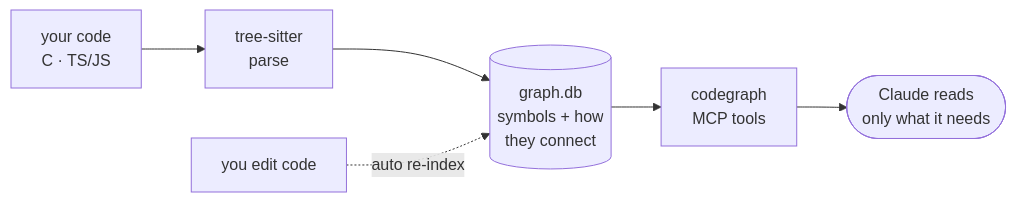
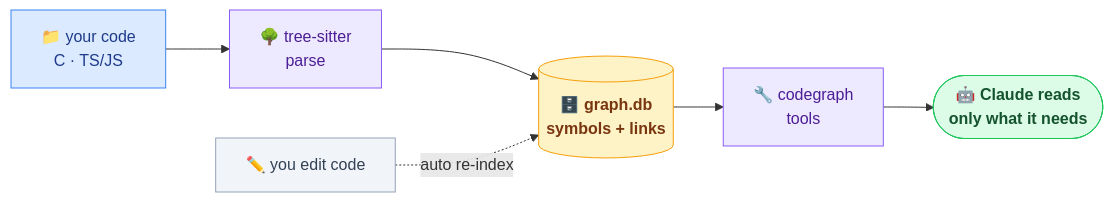
The second of 2 diagrams in README.md (kaleLetendre/wiregraph), drawn with Mermaid before and after one commit. The commit also changed other lines of this file, not shown here.

Commit message:
docs(readme): color + icons on diagrams — red expensive path vs green cheap path, palette for pipeline

````diff
--- a/README.md
+++ b/README.md
@@ -78,6 +85,11 @@
 ```mermaid
 flowchart LR
-  src["your code<br/>C · TS/JS"] --> ts["tree-sitter<br/>parse"] --> db[("graph.db<br/>symbols + how<br/>they connect")]
-  db --> mcp["codegraph<br/>MCP tools"] --> claude(["Claude reads<br/>only what it needs"])
-  edit["you edit code"] -. auto re-index .-> db
+  src["📁 your code<br/>C · TS/JS"]:::src --> ts["🌳 tree-sitter<br/>parse"]:::proc --> db[("🗄️ graph.db<br/>symbols + links")]:::store
+  db --> mcp["🔧 codegraph<br/>tools"]:::proc --> claude(["🤖 Claude reads<br/>only what it needs"]):::ai
+  edit["✏️ you edit code"]:::edit -. auto re-index .-> db
+  classDef src fill:#dbeafe,stroke:#3b82f6,color:#1e3a8a
+  classDef proc fill:#ede9fe,stroke:#8b5cf6,color:#4c1d95
+  classDef store fill:#fef3c7,stroke:#f59e0b,color:#78350f,font-weight:bold
+  classDef ai fill:#dcfce7,stroke:#22c55e,color:#14532d,font-weight:bold
+  classDef edit fill:#f1f5f9,stroke:#94a3b8,color:#334155
 ```
````
